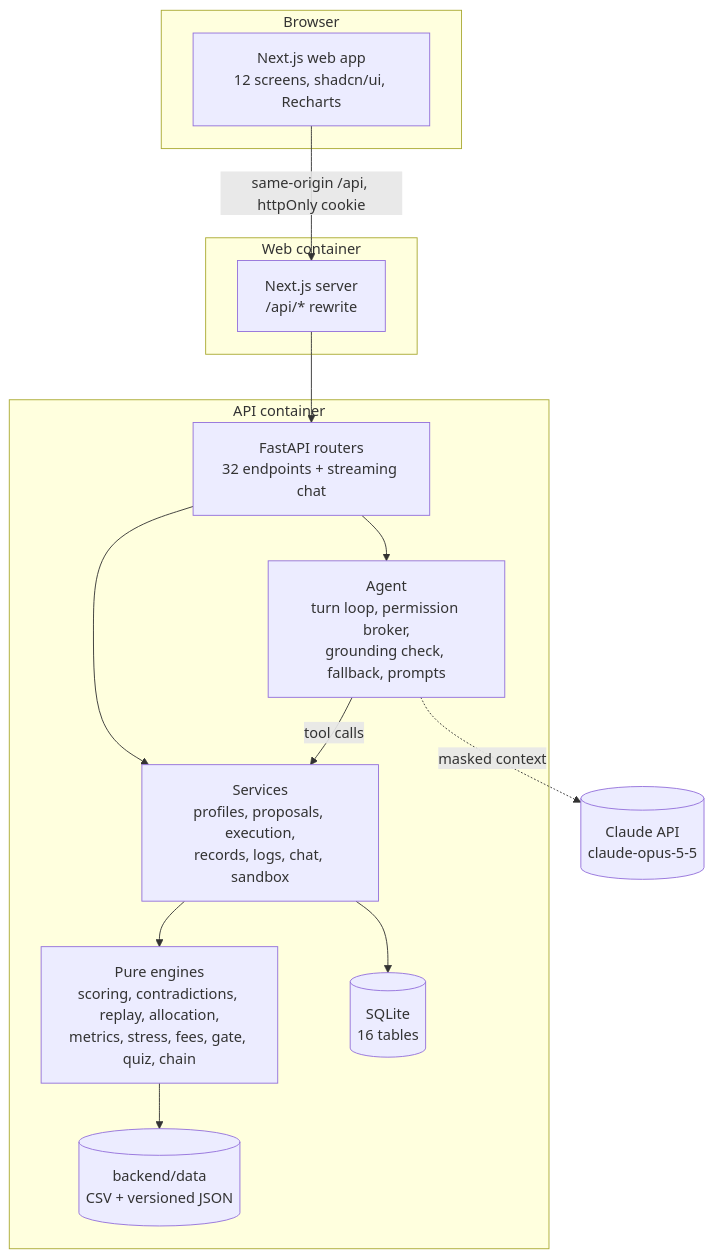
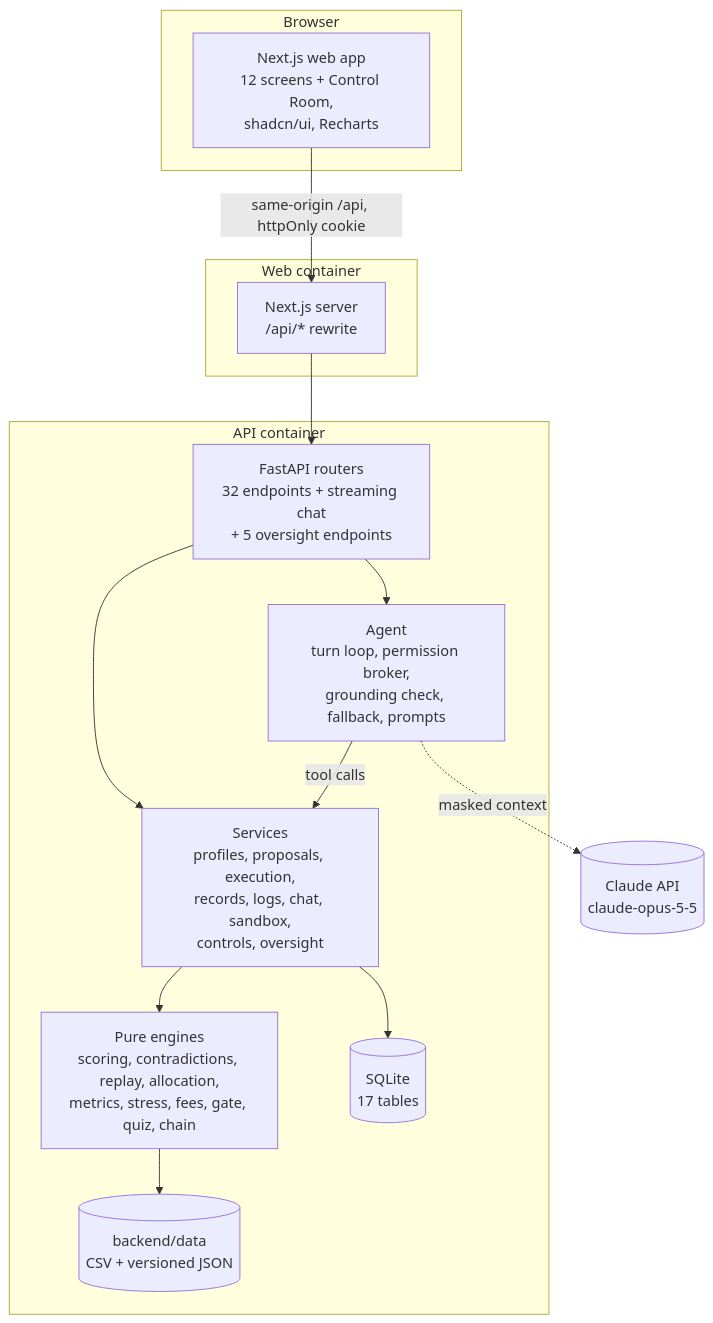
One commit to joynto7/Aegis-Wealth-AI changed the first of 2 diagrams in docs/technical-documentation.md. Above: the diagram before and after it, drawn with Mermaid. The commit also changed other lines of this file and 13 other files, not shown here.

````diff
--- a/docs/technical-documentation.md
+++ b/docs/technical-documentation.md
@@ -11,25 +11,25 @@
 ```mermaid
 flowchart TB
   subgraph Browser
-    UI["Next.js web app<br/>12 screens, shadcn/ui, Recharts"]
+    UI["Next.js web app<br/>12 screens + Control Room,<br/>shadcn/ui, Recharts"]
   end
   subgraph Web container
     Next["Next.js server<br/>/api/* rewrite"]
   end
   subgraph API container
-    Routers["FastAPI routers<br/>32 endpoints + streaming chat"]
-    Services["Services<br/>profiles, proposals, execution,<br/>records, logs, chat, sandbox"]
+    Routers["FastAPI routers<br/>32 endpoints + streaming chat<br/>+ 5 oversight endpoints"]
+    Services["Services<br/>profiles, proposals, execution,<br/>records, logs, chat, sandbox,<br/>controls, oversight"]
     Engines["Pure engines<br/>scoring, contradictions, replay, allocation,<br/>metrics, stress, fees, gate, quiz, chain"]
     Agent["Agent<br/>turn loop, permission broker,<br/>grounding check, fallback, prompts"]
     Data[("backend/data<br/>CSV + versioned JSON")]
-    DB[("SQLite<br/>16 tables")]
+    DB[("SQLite<br/>17 tables")]
   end
   Claude[("Claude API<br/>claude-opus-5-5")]
 
   UI -- "same-origin /api, httpOnly cookie" --> Next --> Routers
   Routers --> Services --> Engines
   Engines --> Data
   Routers --> Agent -- "tool calls" --> Services
   Agent -. "masked context" .-> Claude
   Services --> DB
 ```
````
